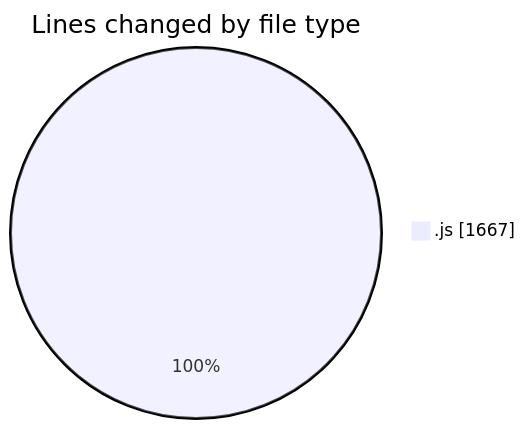
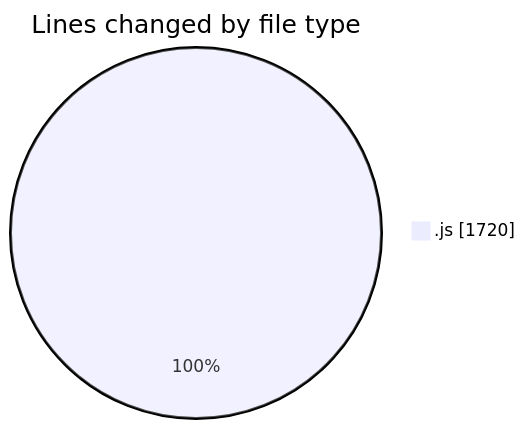
The first of 2 diagrams in 2025-04-03/jsvms/README.md (BS-eng2023/code-tracking), drawn with Mermaid before and after one commit. The commit also changed other lines of this file and 1 other file, not shown here.

````diff
--- a/2025-04-03/jsvms/README.md
+++ b/2025-04-03/jsvms/README.md
@@ -31,5 +31,5 @@
 ```mermaid
 pie showData
 title Lines changed by file type
-".js" : 1667
+".js" : 1720
 ```
````
